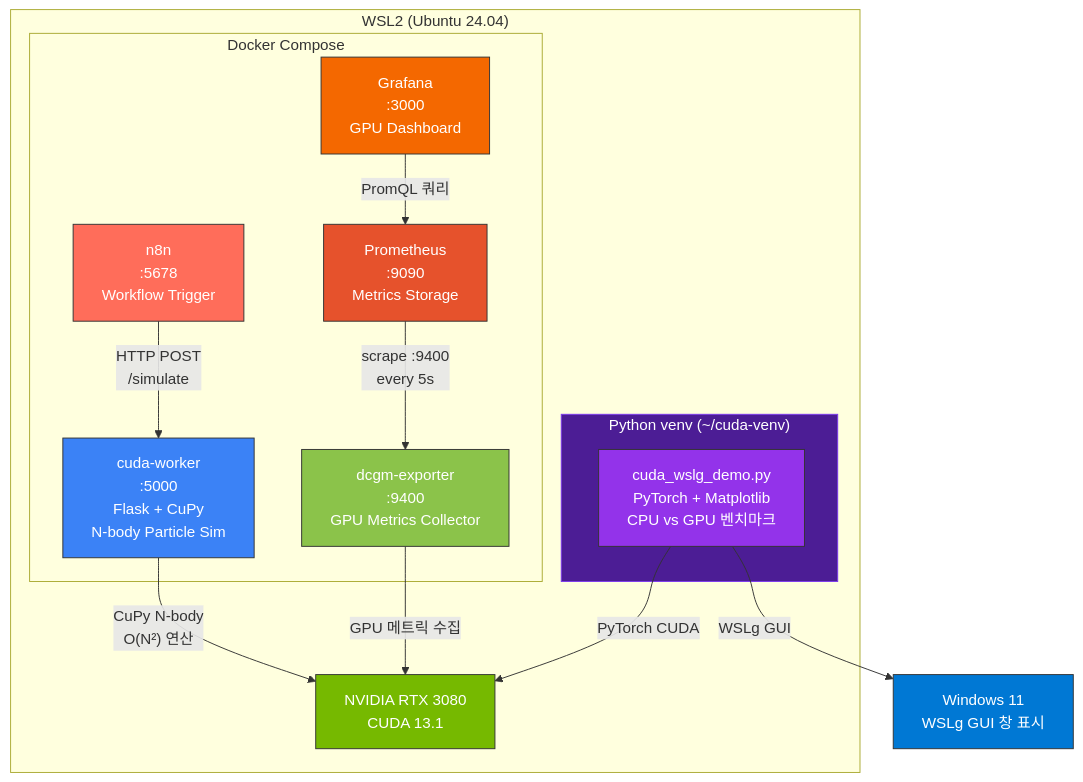
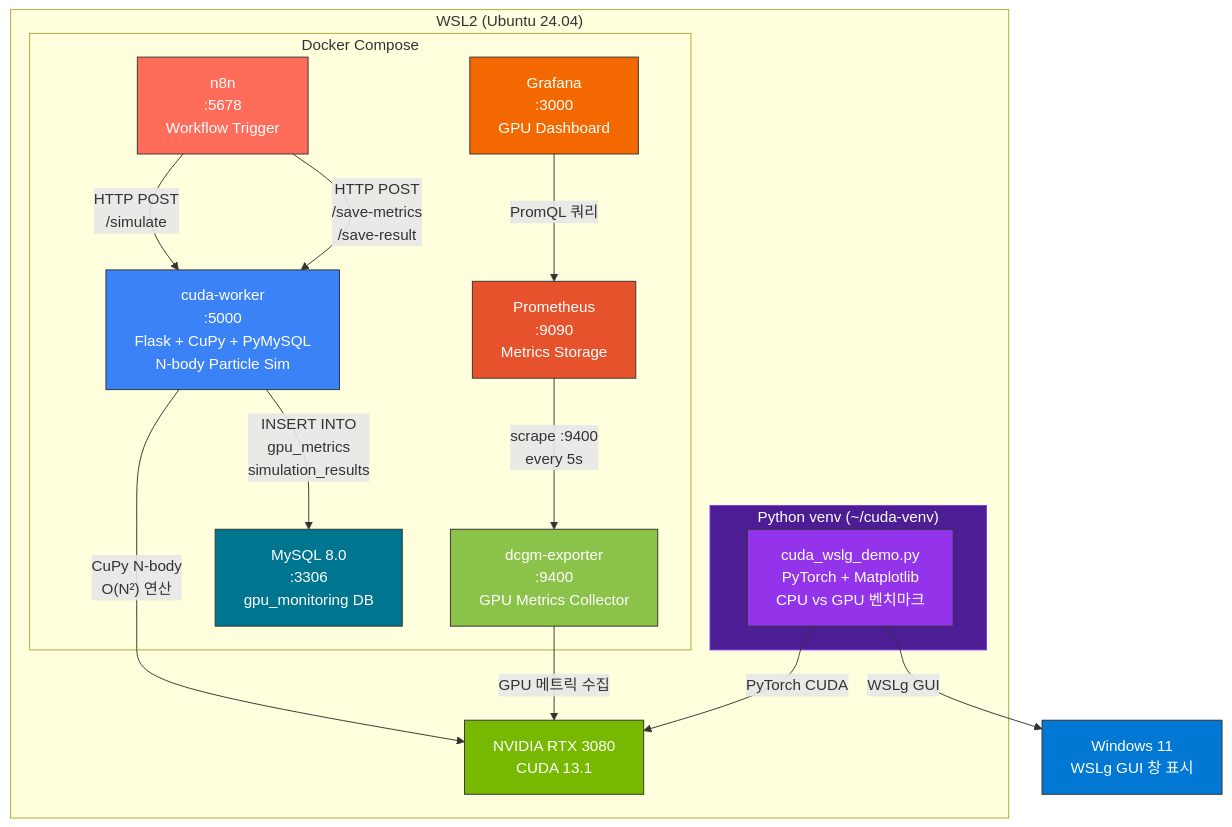
The diagram in architecture.mermaid (kuro-0211/cuda-docker-with-n8n), drawn with Mermaid before and after one commit. The commit also changed 11 other files, not shown here.

Commit message:
feat: MySQL 메트릭 저장, 시뮬레이션 종료 API, 워크플로우 업데이트

```diff
--- a/architecture.mermaid
+++ b/architecture.mermaid
@@ -1,35 +1,39 @@
 %% 시스템 전체 아키텍처
 flowchart TB
     subgraph WSL2["WSL2 (Ubuntu 24.04)"]
         subgraph Docker["Docker Compose"]
             n8n["n8n\n:5678\nWorkflow Trigger"]
-            worker["cuda-worker\n:5000\nFlask + CuPy\nN-body Particle Sim"]
+            worker["cuda-worker\n:5000\nFlask + CuPy + PyMySQL\nN-body Particle Sim"]
             dcgm["dcgm-exporter\n:9400\nGPU Metrics Collector"]
             prom["Prometheus\n:9090\nMetrics Storage"]
             grafana["Grafana\n:3000\nGPU Dashboard"]
+            mysql["MySQL 8.0\n:3306\ngpu_monitoring DB"]
         end
         subgraph Venv["Python venv (~/cuda-venv)"]
             wslg["cuda_wslg_demo.py\nPyTorch + Matplotlib\nCPU vs GPU 벤치마크"]
         end
         gpu["NVIDIA RTX 3080\nCUDA 13.1"]
     end
 
     win["Windows 11\nWSLg GUI 창 표시"]
 
     n8n -->|"HTTP POST\n/simulate"| worker
+    n8n -->|"HTTP POST\n/save-metrics\n/save-result"| worker
     worker -->|"CuPy N-body\nO(N²) 연산"| gpu
+    worker -->|"INSERT INTO\ngpu_metrics\nsimulation_results"| mysql
     dcgm -->|"GPU 메트릭 수집"| gpu
     prom -->|"scrape :9400\nevery 5s"| dcgm
     grafana -->|"PromQL 쿼리"| prom
     wslg -->|"PyTorch CUDA"| gpu
     wslg -->|"WSLg GUI"| win
 
     style gpu fill:#76b900,stroke:#333,color:#fff
     style n8n fill:#ff6d5a,stroke:#333,color:#fff
     style grafana fill:#f46800,stroke:#333,color:#fff
     style worker fill:#3b82f6,stroke:#333,color:#fff
     style prom fill:#e6522c,stroke:#333,color:#fff
     style dcgm fill:#8bc34a,stroke:#333,color:#fff
+    style mysql fill:#00758f,stroke:#333,color:#fff
     style wslg fill:#9333ea,stroke:#333,color:#fff
     style win fill:#0078d4,stroke:#333,color:#fff
     style Venv fill:#4c1d95,stroke:#7c3aed,color:#fff
```
